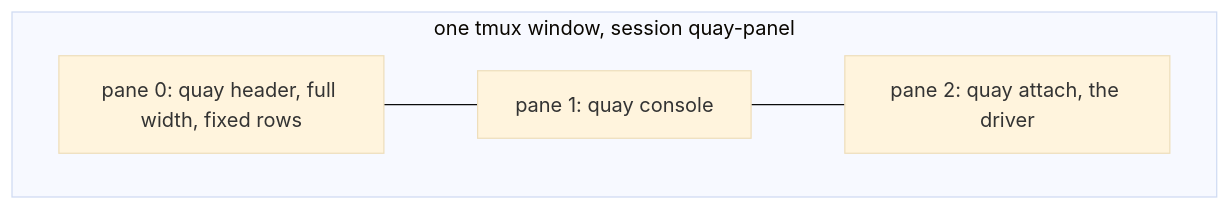
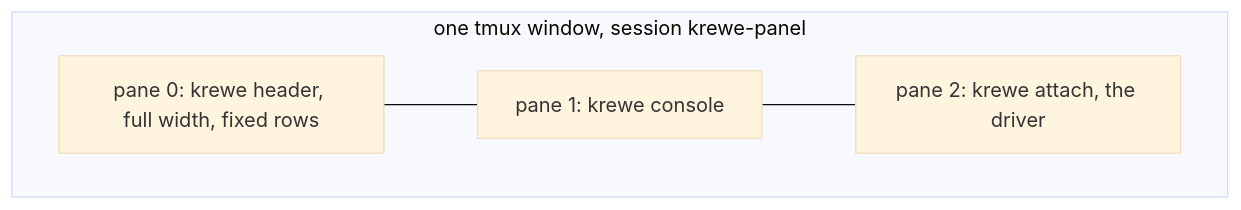
Before and after one commit to atlantic-blue/quay-crew: diagram 17 of 23 in docs/ORCHESTRATION.md, drawn with Mermaid (base theme). The commit also changed other lines of this file and 27 other files, not shown here.

````diff
--- a/docs/ORCHESTRATION.md
+++ b/docs/ORCHESTRATION.md
@@ -2644,10 +2644,10 @@
 ```mermaid
 flowchart TD
-    subgraph WINDOW["one tmux window, session quay-panel"]
-        HEADER["pane 0: quay header, full width, fixed rows"]
-        LEFT["pane 1: quay console"]
-        RIGHT["pane 2: quay attach, the driver"]
+    subgraph WINDOW["one tmux window, session krewe-panel"]
+        HEADER["pane 0: krewe header, full width, fixed rows"]
+        LEFT["pane 1: krewe console"]
+        RIGHT["pane 2: krewe attach, the driver"]
     end
     HEADER --- LEFT
     LEFT --- RIGHT
 ```
````
